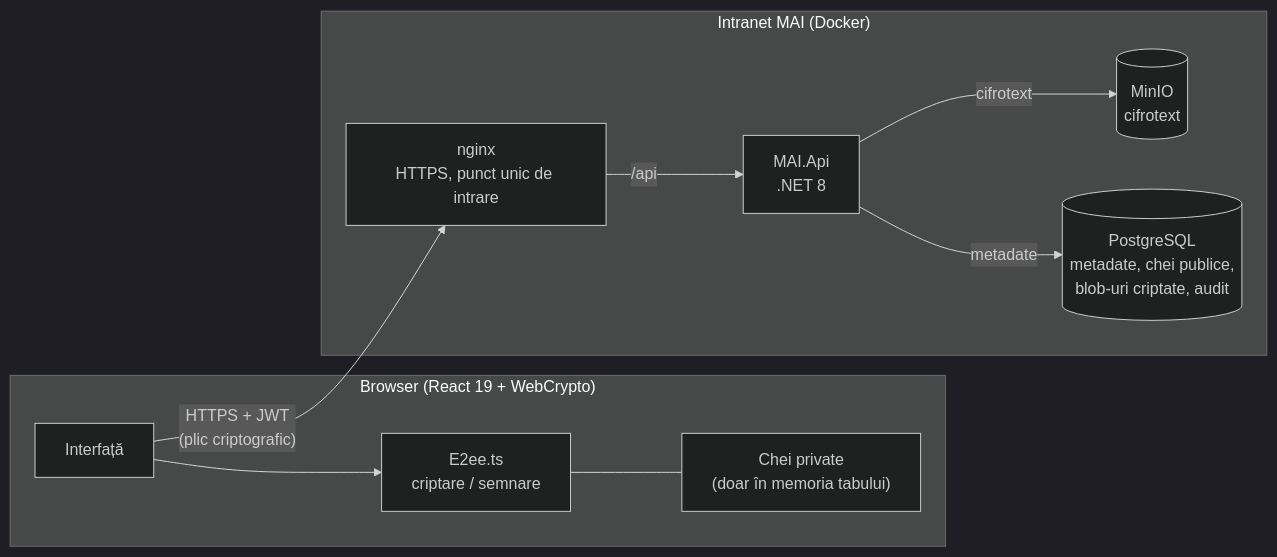
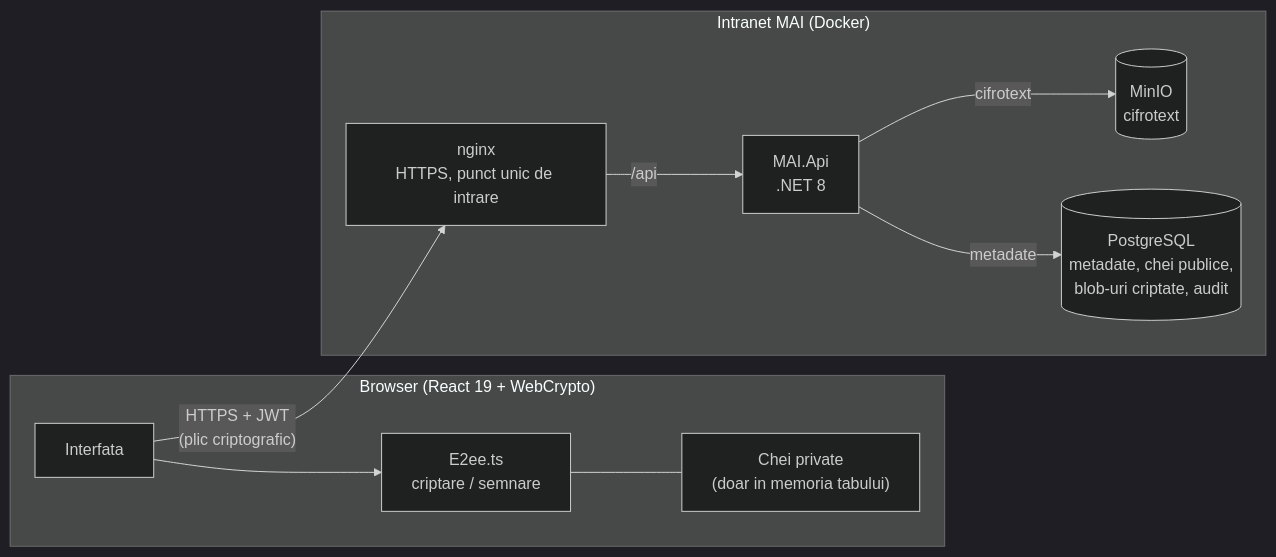
One commit to Danielus-hehe/mai-secure-platform changed the first of 5 diagrams in README.md. Above: the diagram before and after it, drawn with Mermaid (dark theme). The commit also changed other lines of this file and 3 other files, not shown here.

````diff
--- a/README.md
+++ b/README.md
@@ -64,22 +173,22 @@
 ```mermaid
 flowchart LR
     subgraph Browser["Browser (React 19 + WebCrypto)"]
-        UI[Interfață]
+        UI[Interfata]
         CR["E2ee.ts<br/>criptare / semnare"]
-        KM["Chei private<br/>(doar în memoria tabului)"]
+        KM["Chei private<br/>(doar in memoria tabului)"]
     end
 
     subgraph Intranet["Intranet MAI (Docker)"]
         NGX["nginx<br/>HTTPS, punct unic de intrare"]
         API["MAI.Api<br/>.NET 8"]
         MINIO[("MinIO<br/>cifrotext")]
         DB[("PostgreSQL<br/>metadate, chei publice,<br/>blob-uri criptate, audit")]
     end
 
     UI --> CR
     CR --- KM
     UI -- "HTTPS + JWT<br/>(plic criptografic)" --> NGX
     NGX -- "/api" --> API
     API -- "metadate" --> DB
     API -- "cifrotext" --> MINIO
 ```
````
